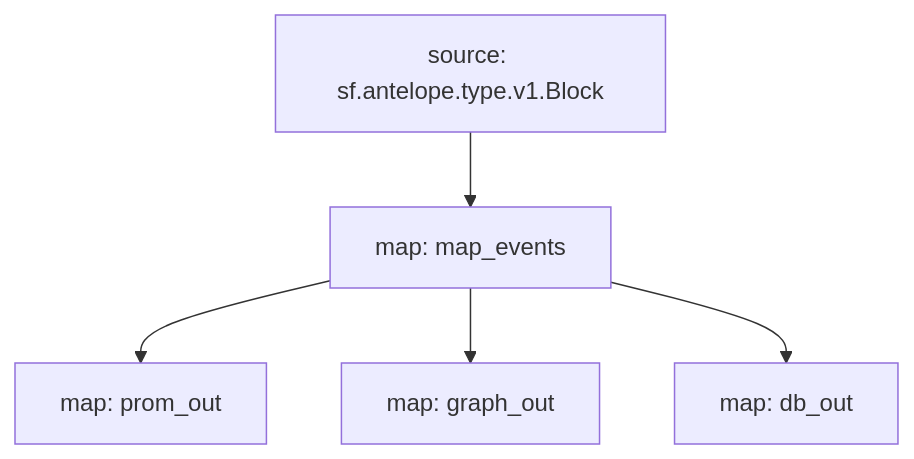
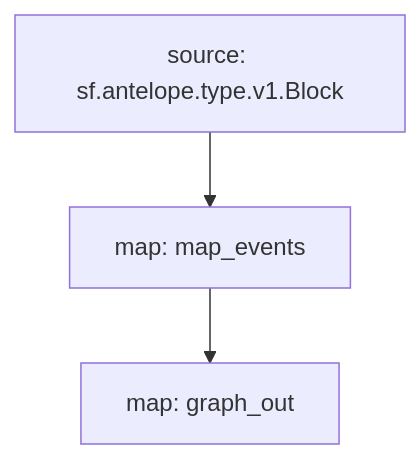
The diagram in README.md (pinax-network/substreams-atomicmarket), drawn with Mermaid before and after one commit. The commit also changed other lines of this file and 7 other files, not shown here.

````diff
--- a/README.md
+++ b/README.md
@@ -20,11 +18,7 @@
 ```mermaid
 graph TD;
   map_events[map: map_events];
   sf.antelope.type.v1.Block[source: sf.antelope.type.v1.Block] --> map_events;
-  prom_out[map: prom_out];
-  map_events --> prom_out;
   graph_out[map: graph_out];
   map_events --> graph_out;
-  db_out[map: db_out];
-  map_events --> db_out;
 ```
````
